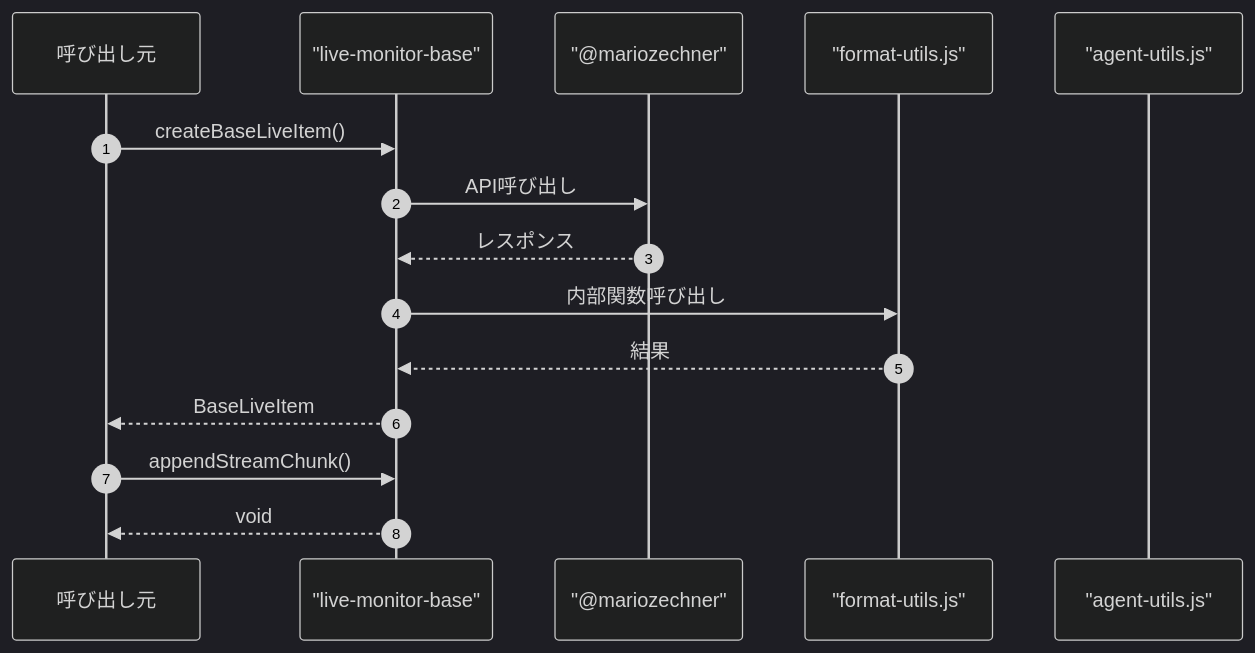
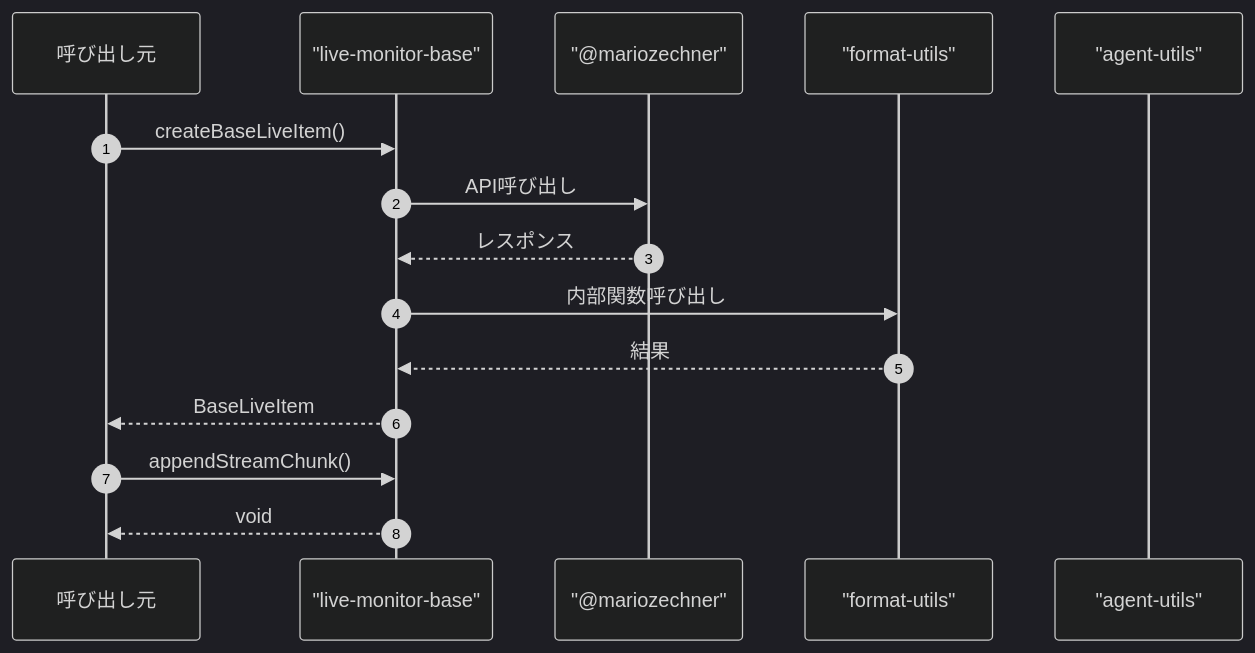
One commit to Mekann2904/mekann changed the fourth of 4 diagrams in ABDD/.pi/lib/tui/live-monitor-base.md. Above: the diagram before and after it, drawn with Mermaid (dark theme). The commit also changed other lines of this file and 174 other files, not shown here.

First line of the commit message:
fix(docs): ABDDのMermaid図生成エラーを修正する

````diff
--- a/ABDD/.pi/lib/tui/live-monitor-base.md
+++ b/ABDD/.pi/lib/tui/live-monitor-base.md
@@ -146,19 +146,19 @@
 ```mermaid
 sequenceDiagram
   autonumber
   participant Caller as 呼び出し元
   participant live_monitor_base as "live-monitor-base"
-  participant _mariozechner as "@mariozechner"
-  participant format_utils_js as "format-utils.js"
-  participant agent_utils_js as "agent-utils.js"
+  participant mariozechner as "@mariozechner"
+  participant format_utils as "format-utils"
+  participant agent_utils as "agent-utils"
 
   Caller->>live_monitor_base: createBaseLiveItem()
-  live_monitor_base->>_mariozechner: API呼び出し
-  _mariozechner-->>live_monitor_base: レスポンス
-  live_monitor_base->>format_utils_js: 内部関数呼び出し
-  format_utils_js-->>live_monitor_base: 結果
+  live_monitor_base->>mariozechner: API呼び出し
+  mariozechner-->>live_monitor_base: レスポンス
+  live_monitor_base->>format_utils: 内部関数呼び出し
+  format_utils-->>live_monitor_base: 結果
   live_monitor_base-->>Caller: BaseLiveItem
 
   Caller->>live_monitor_base: appendStreamChunk()
   live_monitor_base-->>Caller: void
 ```
````
